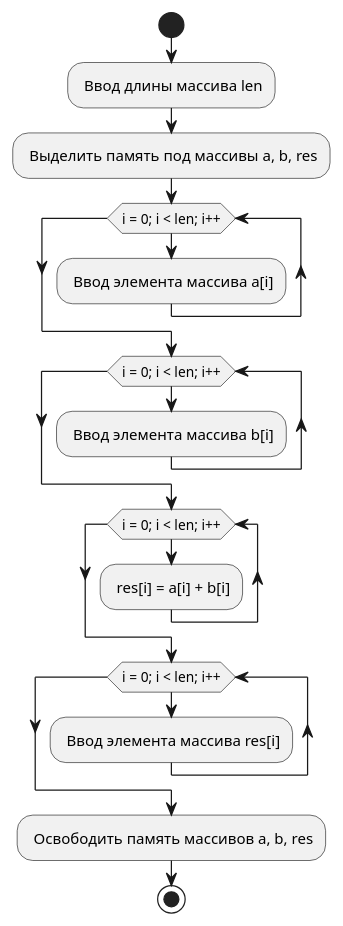
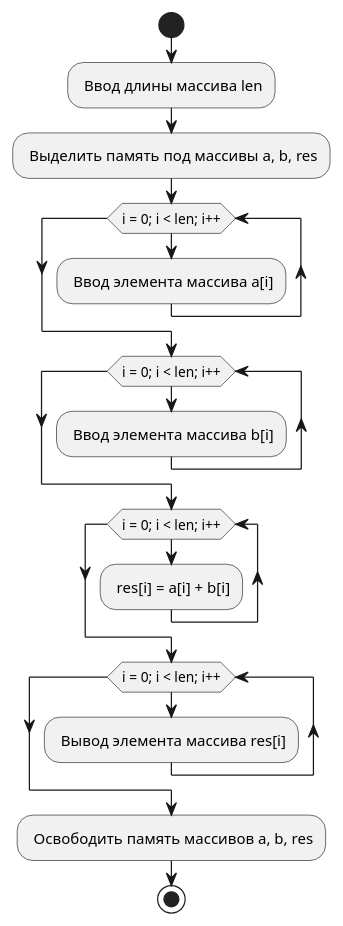
The diagram in uml/05-2-array-dyn.puml (ermakov0/ivt-cpp), drawn with PlantUML before and after one commit. The commit also changed 14 other files, not shown here.

```diff
--- a/uml/05-2-array-dyn.puml
+++ b/uml/05-2-array-dyn.puml
@@ -1,19 +1,19 @@
 @startuml 05-2-array-dyn
 start
 - Ввод длины массива len
 - Выделить память под массивы a, b, res
 while (i = 0; i < len; i++)
     - Ввод элемента массива a[i]
 endwhile
 while (i = 0; i < len; i++)
     - Ввод элемента массива b[i]
 endwhile
 while (i = 0; i < len; i++)
     - res[i] = a[i] + b[i]
 endwhile
 while (i = 0; i < len; i++)
-    - Ввод элемента массива res[i]
+    - Вывод элемента массива res[i]
 endwhile
 - Освободить память массивов a, b, res
 stop
 @enduml
```
